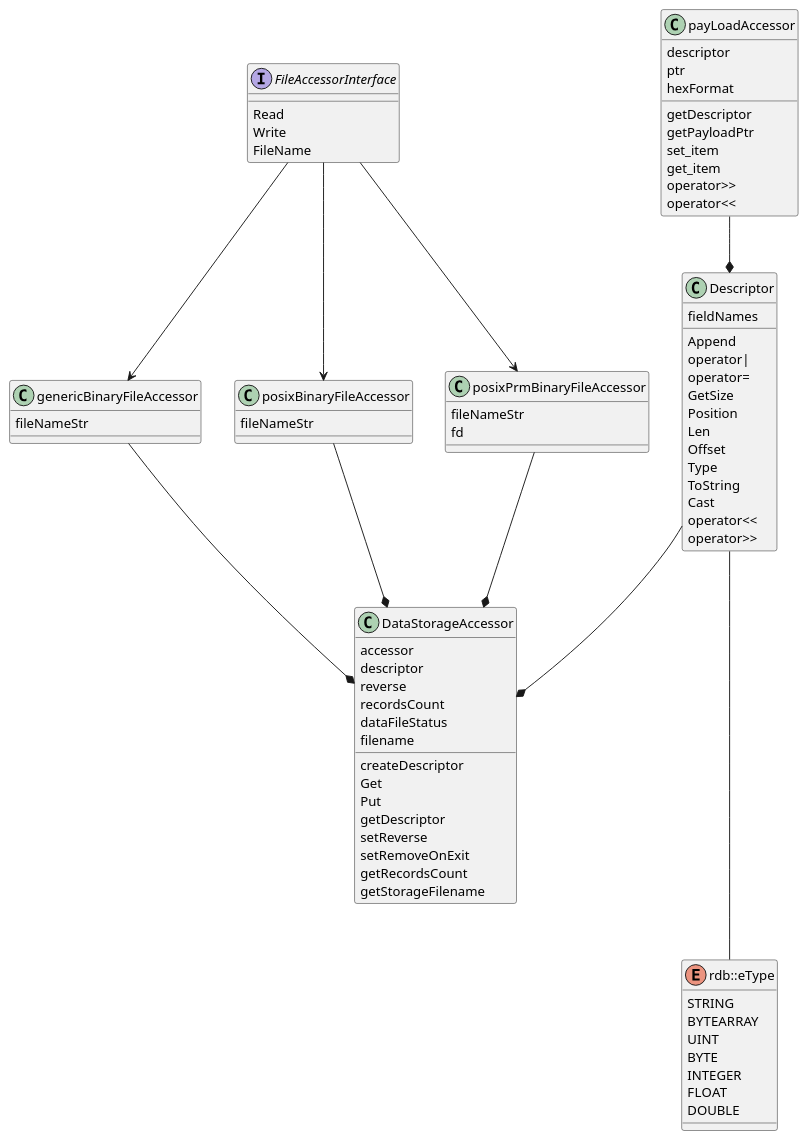
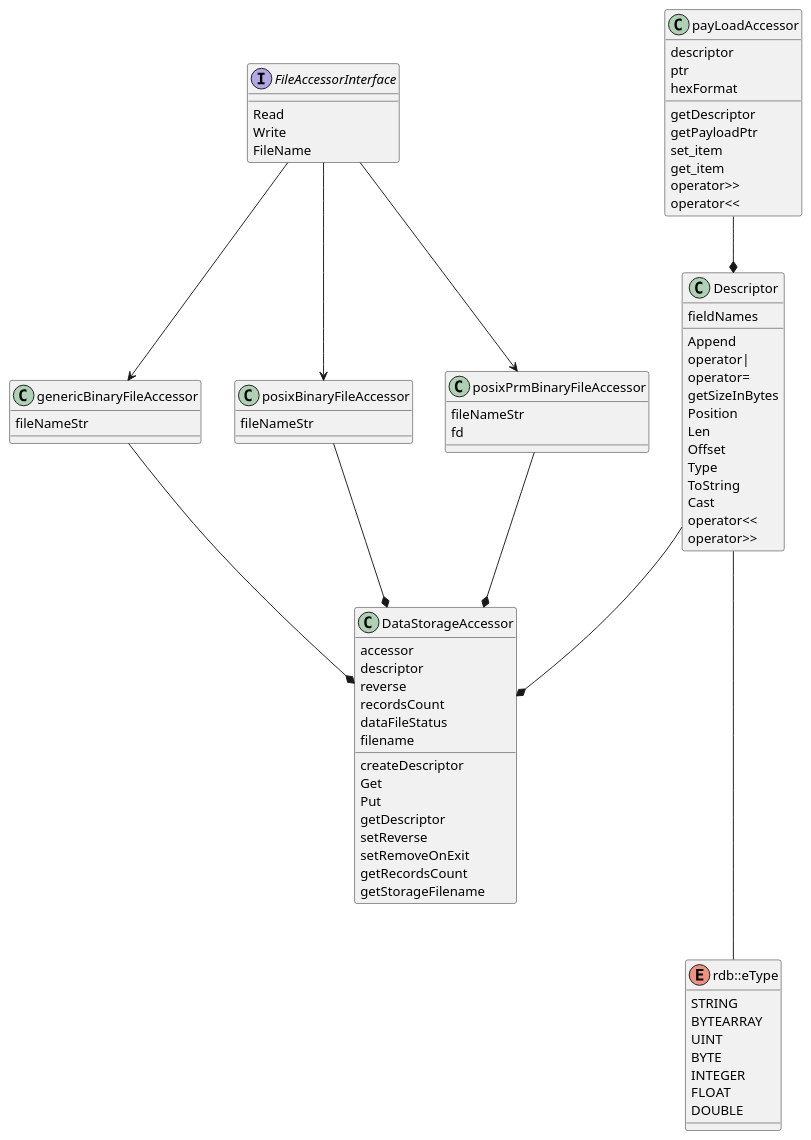
The diagram in src/include/rdb/UML/rdb.puml (michalwidera/retractordb), drawn with PlantUML before and after one commit. The commit also changed 9 other files, not shown here.

```diff
--- a/src/include/rdb/UML/rdb.puml
+++ b/src/include/rdb/UML/rdb.puml
@@ -1,96 +1,96 @@
 @startuml
 
 class Descriptor {
     {field} fieldNames
 
     {method} Append
     {method} operator|
     {method} operator=
-    {method} GetSize
+    {method} getSizeInBytes
     {method} Position
     {method} Len
     {method} Offset
     {method} Type
     {method} ToString
     {method} Cast
     {method} operator<<
     {method} operator>>
 }
 
 class genericBinaryFileAccessor {
     {field} fileNameStr
 }
 
 
 class posixBinaryFileAccessor {
     {field} fileNameStr
 }
 
 class posixPrmBinaryFileAccessor {
     {field} fileNameStr
     {field} fd
 }
 
 
 interface FileAccessorInterface {
     {method} Read
     {method} Write
     {method} FileName
 }
 
 class payLoadAccessor {
     {field} descriptor
     {field} ptr
     {field} hexFormat
 
     {method} getDescriptor
     {method} getPayloadPtr
     {method} set_item
     {method} get_item
     {method} operator>>
     {method} operator<<
 }
 
 class DataStorageAccessor {
     {field} accessor
     {field} descriptor
     {field} reverse
     {field} recordsCount
     {field} dataFileStatus
     {field} filename
 
     {method} createDescriptor
     {method} Get
     {method} Put
     {method} getDescriptor
     {method} setReverse
     {method} setRemoveOnExit
     {method} getRecordsCount
     {method} getStorageFilename
 }
 
 enum rdb::eType {
     STRING
     BYTEARRAY
     UINT
     BYTE
     INTEGER
     FLOAT
     DOUBLE
 }
 
 FileAccessorInterface --> genericBinaryFileAccessor
 FileAccessorInterface --> posixBinaryFileAccessor
 FileAccessorInterface --> posixPrmBinaryFileAccessor
 
 genericBinaryFileAccessor --* DataStorageAccessor
 posixBinaryFileAccessor --* DataStorageAccessor
 posixPrmBinaryFileAccessor --* DataStorageAccessor
 
 Descriptor --* DataStorageAccessor
 
 Descriptor --- rdb::eType
 
 payLoadAccessor --* Descriptor
 
 @enduml
```
